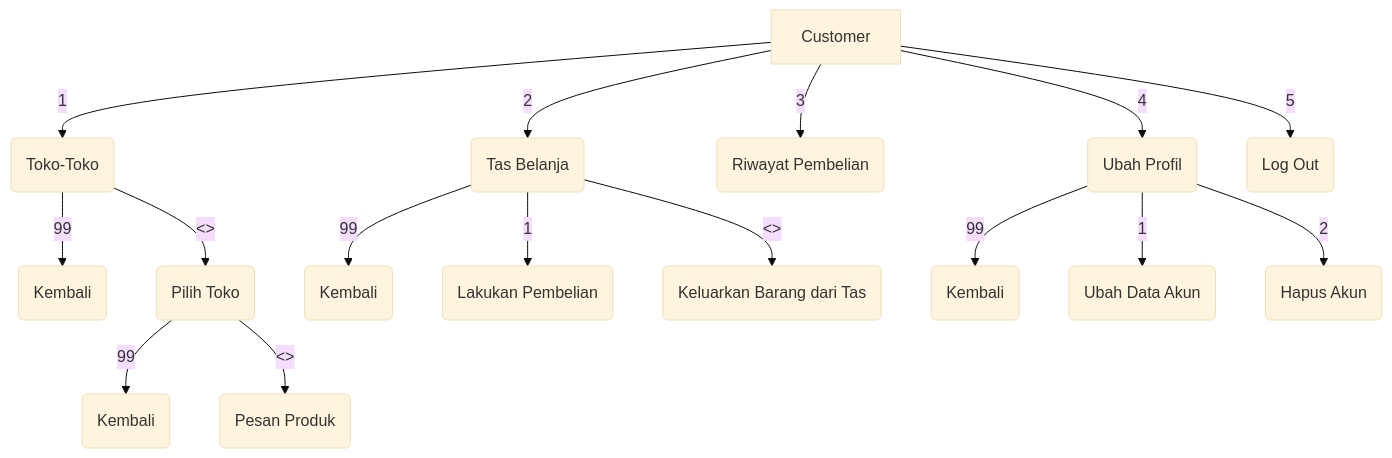
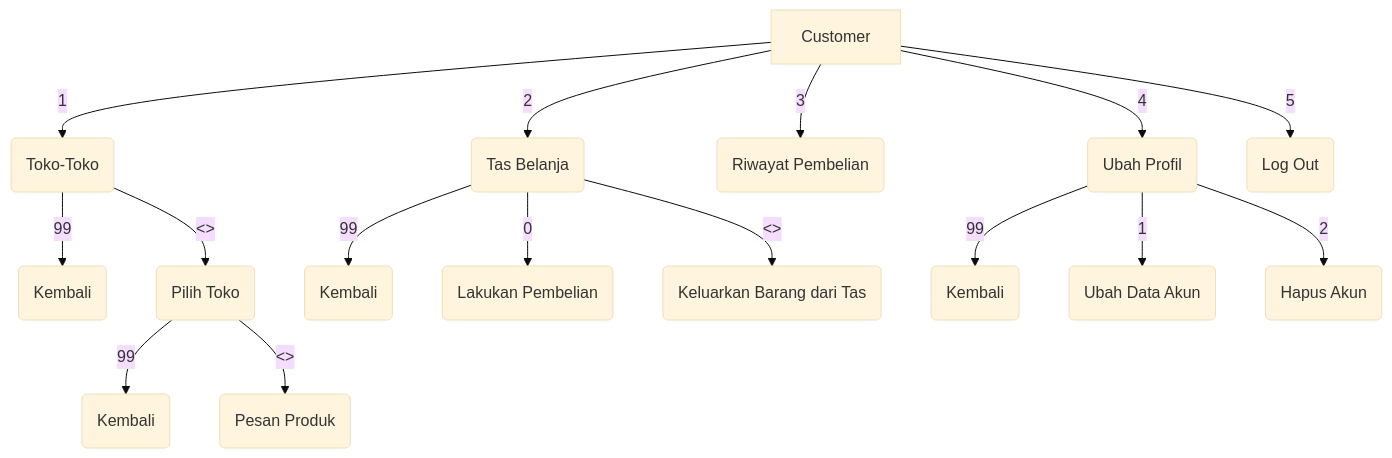
Before and after one commit to Viabelous/ProjekAkhirPBO: the first of 3 diagrams in README.md, drawn with Mermaid (base theme). The commit also changed other lines of this file, not shown here.

````diff
--- a/README.md
+++ b/README.md
@@ -20,21 +51,21 @@
 ```mermaid
 graph 
 A[Customer] -- 1 --> B(Toko-Toko)
 B --99 --> BA(Kembali)
 B -- <> --> BB(Pilih Toko)
 BB -- 99 --> BBA(Kembali)
 BB -- <> --> BBB(Pesan Produk)
 
 A -- 2 --> C(Tas Belanja)
 C -- 99 --> CA(Kembali)
-C -- 1 --> CB(Lakukan Pembelian)
+C -- 0 --> CB(Lakukan Pembelian)
 C -- <> --> CC(Keluarkan Barang dari Tas)
 
 A -- 3 --> D(Riwayat Pembelian)
 A -- 4 --> E(Ubah Profil)
 E -- 99 --> EA(Kembali)
 E -- 1 --> EB(Ubah Data Akun)
 E -- 2 --> EC(Hapus Akun)
 
 A -- 5 --> F(Log Out)
 ```
````
